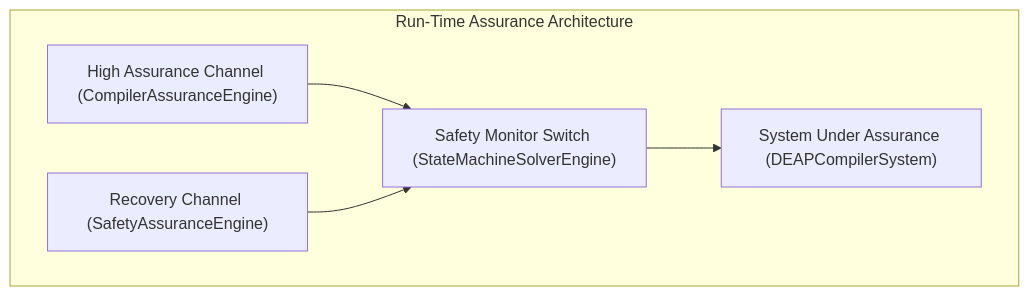
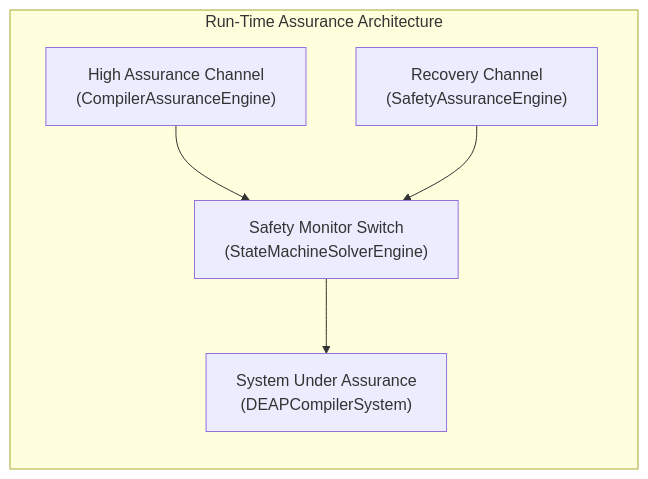
Before and after one commit to gintatkinson/dumpiler-01: the diagram in docs/safety/07_RTA_ARCHITECTURE.md, drawn with Mermaid. The commit also changed 4 other files, not shown here.

Commit message:
feat(stpa): format STPA Mermaid diagrams for GLFM compliance and direction TB (refs #115)

````diff
--- a/docs/safety/07_RTA_ARCHITECTURE.md
+++ b/docs/safety/07_RTA_ARCHITECTURE.md
@@ -5,8 +5,9 @@
 ```mermaid
 graph TD
     subgraph "Run-Time Assurance Architecture"
-        CompilerAssuranceEngine["High Assurance Channel (CompilerAssuranceEngine)"] --> StateMachineSolverEngine["Safety Monitor Switch (StateMachineSolverEngine)"]
-        SafetyAssuranceEngine["Recovery Channel (SafetyAssuranceEngine)"] --> StateMachineSolverEngine
-        StateMachineSolverEngine --> DEAPCompilerSystem["System Under Assurance (DEAPCompilerSystem)"]
+        direction TB
+        CompilerAssuranceEngine["High Assurance Channel<br/>(CompilerAssuranceEngine)"] --> StateMachineSolverEngine["Safety Monitor Switch<br/>(StateMachineSolverEngine)"]
+        SafetyAssuranceEngine["Recovery Channel<br/>(SafetyAssuranceEngine)"] --> StateMachineSolverEngine
+        StateMachineSolverEngine --> DEAPCompilerSystem["System Under Assurance<br/>(DEAPCompilerSystem)"]
     end
 ```
````
